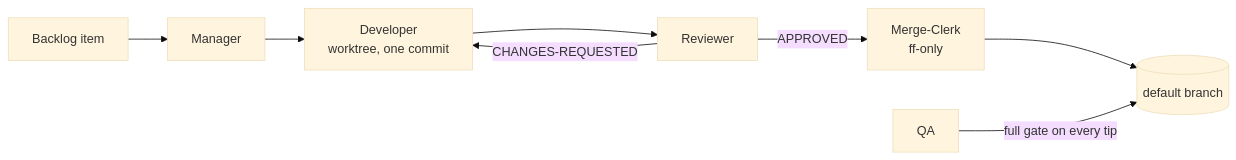
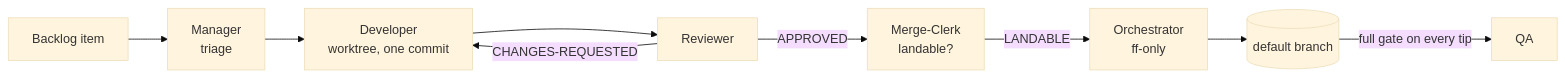
The diagram in README.md (dipeshc/spec-driven-delivery-team), drawn with Mermaid (base theme) before and after one commit. The commit also changed other lines of this file and 3 other files, not shown here.

````diff
--- a/README.md
+++ b/README.md
@@ -44,10 +47,11 @@
 ```mermaid
 flowchart LR
-    B[Backlog item] --> M[Manager]
-    M --> D[Developer<br/>worktree, one commit]
+    B[Backlog item] --> T[Manager<br/>triage]
+    T --> D[Developer<br/>worktree, one commit]
     D --> R[Reviewer]
     R -->|CHANGES-REQUESTED| D
-    R -->|APPROVED| MC[Merge-Clerk<br/>ff-only]
-    MC --> MAIN[(default branch)]
-    QA[QA] -->|full gate on every tip| MAIN
+    R -->|APPROVED| MC[Merge-Clerk<br/>landable?]
+    MC -->|LANDABLE| O[Orchestrator<br/>ff-only]
+    O --> MAIN[(default branch)]
+    MAIN -->|full gate on every tip| QA[QA]
 ```
````
